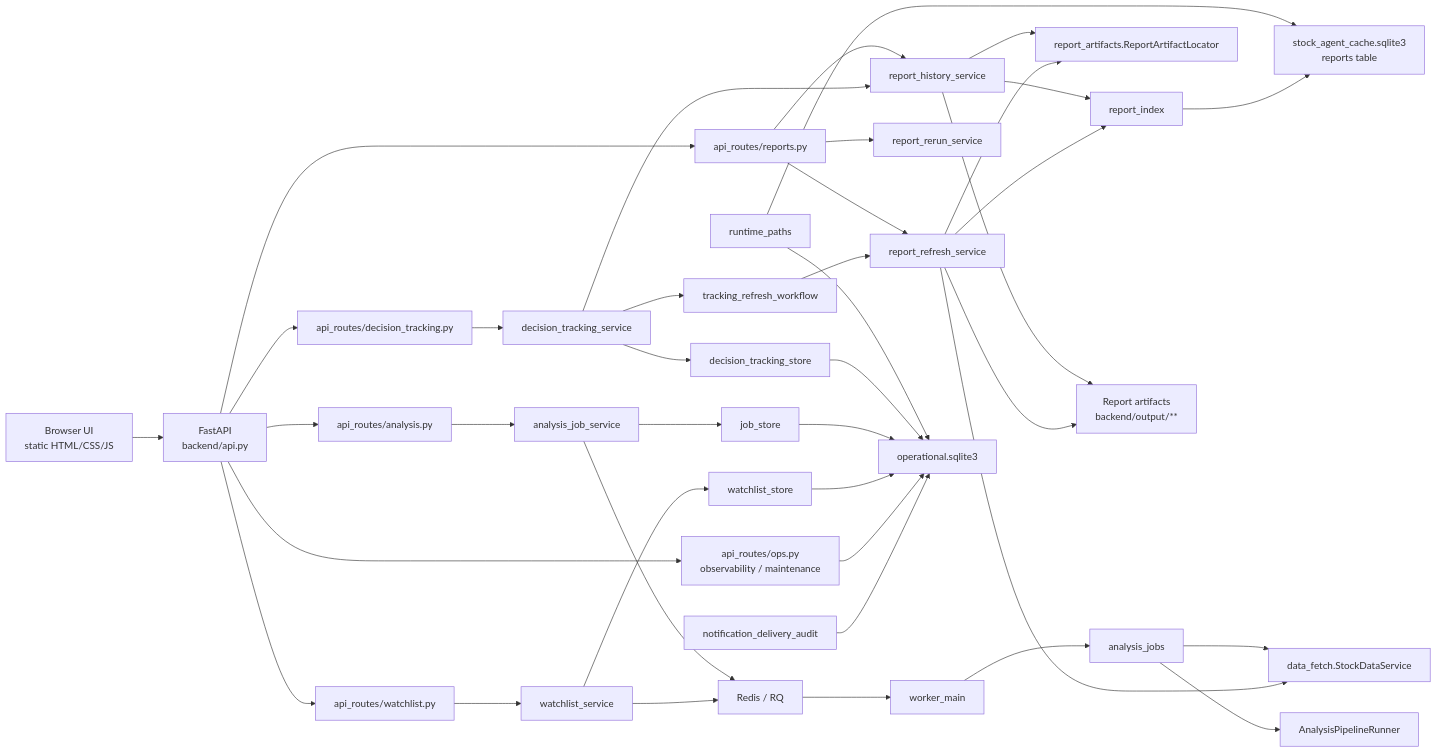
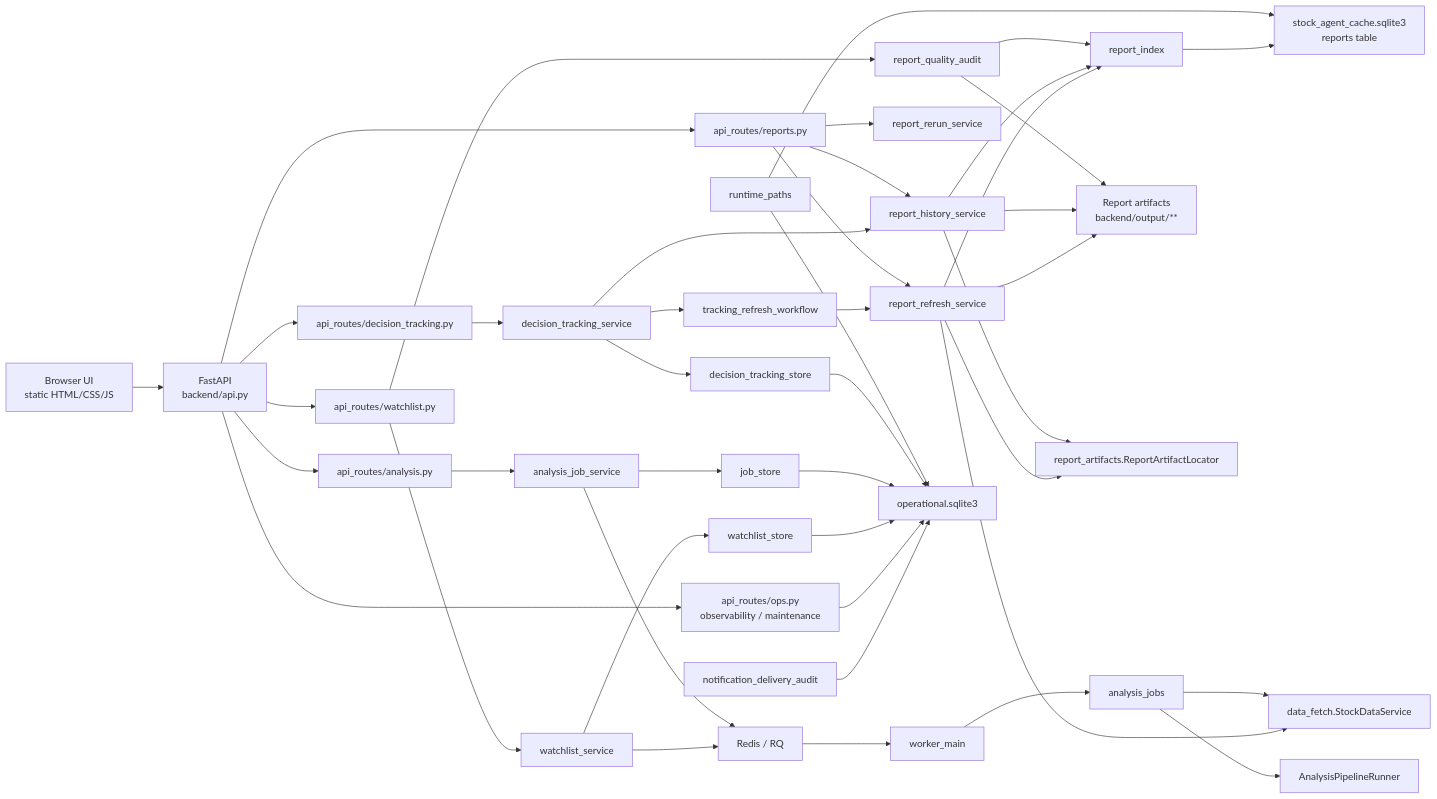
Before and after one commit to aibalbo999/unstuck: the second of 4 diagrams in docs/system-architecture-map.md, drawn with Mermaid. The commit also changed other lines of this file and 11 other files, not shown here.

Commit message:
Expose full report quality coverage audit

````diff
--- a/docs/system-architecture-map.md
+++ b/docs/system-architecture-map.md
@@ -56,48 +56,51 @@
 ```mermaid
 flowchart LR
     UI["Browser UI<br/>static HTML/CSS/JS"] --> API["FastAPI<br/>backend/api.py"]
     API --> ReportsRoute["api_routes/reports.py"]
     API --> TrackingRoute["api_routes/decision_tracking.py"]
     API --> AnalysisRoute["api_routes/analysis.py"]
     API --> WatchlistRoute["api_routes/watchlist.py"]
     API --> OpsRoute["api_routes/ops.py<br/>observability / maintenance"]
 
     ReportsRoute --> ReportHistory["report_history_service"]
     ReportsRoute --> ReportRefresh["report_refresh_service"]
     ReportsRoute --> ReportRerun["report_rerun_service"]
 
     TrackingRoute --> TrackingService["decision_tracking_service"]
     TrackingService --> TrackingWorkflow["tracking_refresh_workflow"]
     TrackingService --> TrackingStore["decision_tracking_store"]
     TrackingService --> ReportHistory
     TrackingWorkflow --> ReportRefresh
 
     AnalysisRoute --> AnalysisJobSvc["analysis_job_service"]
     AnalysisJobSvc --> JobStore["job_store"]
     AnalysisJobSvc --> Queue["Redis / RQ"]
     Queue --> Worker["worker_main"]
     Worker --> AnalysisJobs["analysis_jobs"]
     AnalysisJobs --> DataFetch["data_fetch.StockDataService"]
     AnalysisJobs --> Runner["AnalysisPipelineRunner"]
 
     WatchlistRoute --> WatchlistSvc["watchlist_service"]
     WatchlistSvc --> WatchlistStore["watchlist_store"]
     WatchlistSvc --> Queue
+    WatchlistRoute --> QualityAudit["report_quality_audit"]
+    QualityAudit --> ReportIndex
+    QualityAudit --> Artifacts
 
     ReportHistory --> ArtifactLocator["report_artifacts.ReportArtifactLocator"]
     ReportHistory --> ReportIndex["report_index"]
     ReportHistory --> Artifacts["Report artifacts<br/>backend/output/**"]
     ReportRefresh --> ArtifactLocator
     ReportRefresh --> DataFetch
     ReportRefresh --> ReportIndex
     ReportRefresh --> Artifacts
 
     RuntimePaths["runtime_paths"] --> CacheDB
     RuntimePaths --> OpDB
     ReportIndex --> CacheDB["stock_agent_cache.sqlite3<br/>reports table"]
     TrackingStore --> OpDB["operational.sqlite3"]
     JobStore --> OpDB
     WatchlistStore --> OpDB
     OpsRoute --> OpDB
     NotificationAudit["notification_delivery_audit"] --> OpDB
 ```
````
